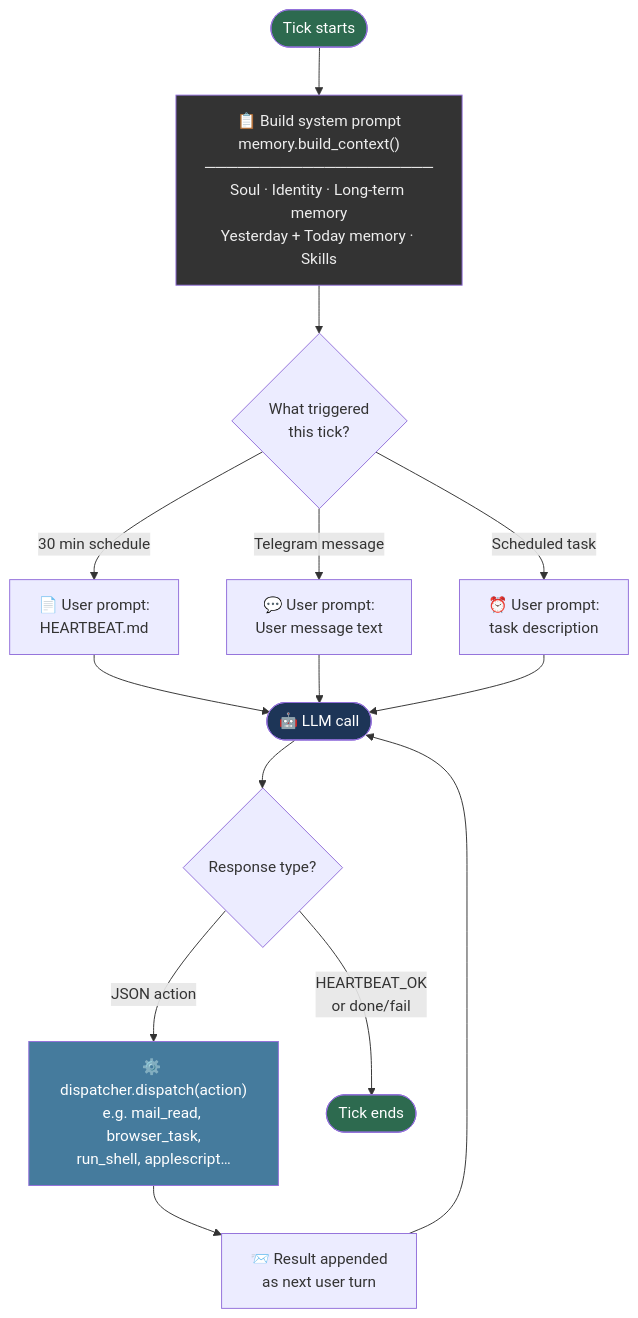
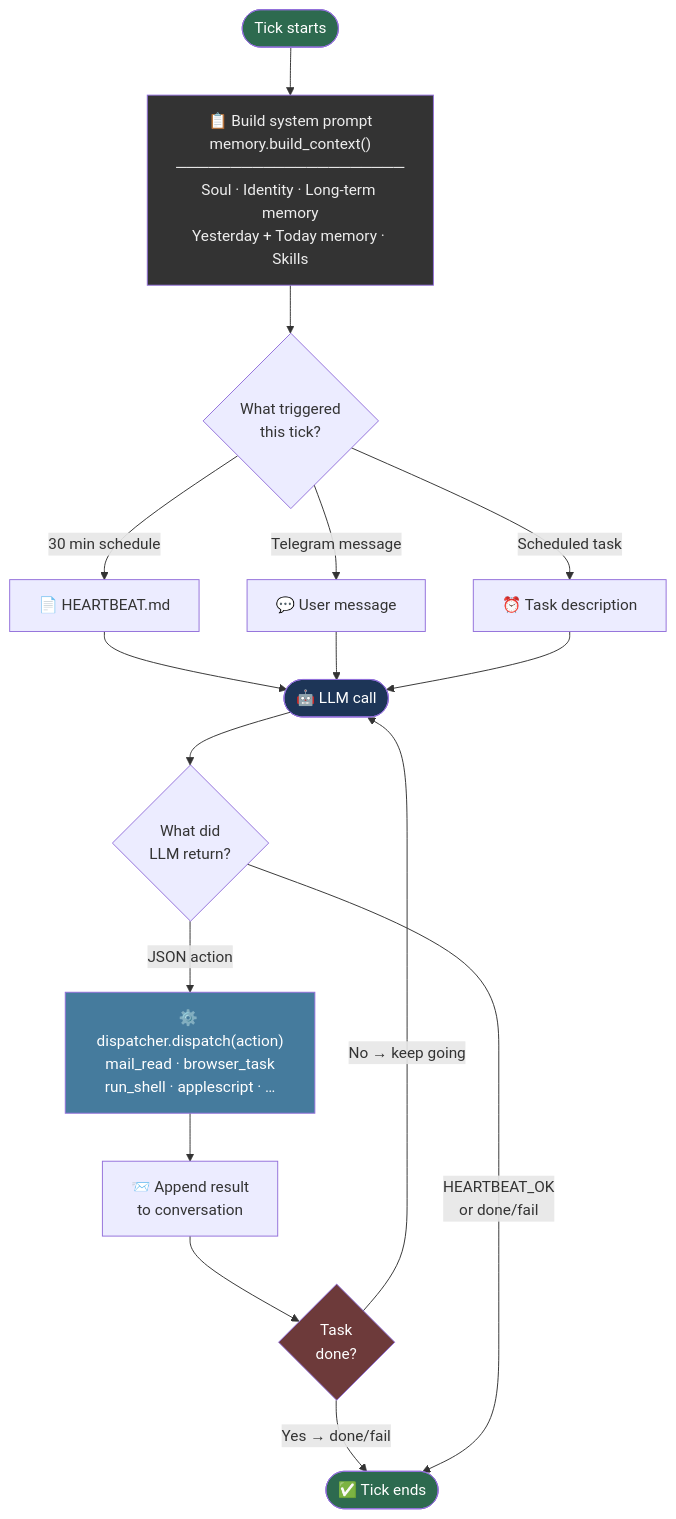
One commit to kenfus/macgent changed the diagram in README.md. Above: the diagram before and after it, drawn with Mermaid. The commit also changed 9 other files, not shown here.

````diff
--- a/README.md
+++ b/README.md
@@ -103,29 +103,32 @@
 ```mermaid
 flowchart TD
     A([Tick starts]) --> B
 
     B["📋 Build system prompt<br/>memory.build_context()<br/>─────────────────────<br/>Soul · Identity · Long-term memory<br/>Yesterday + Today memory · Skills"]
     B --> C
 
     C{"What triggered<br/>this tick?"}
-    C -- "30 min schedule" --> D1["📄 User prompt:<br/>HEARTBEAT.md"]
-    C -- "Telegram message" --> D2["💬 User prompt:<br/>User message text"]
-    C -- "Scheduled task" --> D3["⏰ User prompt:<br/>task description"]
+    C -- "30 min schedule" --> D1["📄 HEARTBEAT.md"]
+    C -- "Telegram message" --> D2["💬 User message"]
+    C -- "Scheduled task" --> D3["⏰ Task description"]
 
     D1 & D2 & D3 --> E
 
     E(["🤖 LLM call"])
-    E --> F{"Response type?"}
+    E --> F{"What did<br/>LLM return?"}
 
-    F -- "JSON action" --> G["⚙️ dispatcher.dispatch(action)<br/>e.g. mail_read, browser_task,<br/>run_shell, applescript…"]
-    G --> H["📨 Result appended<br/>as next user turn"]
-    H --> E
+    F -- "JSON action" --> G["⚙️ dispatcher.dispatch(action)<br/>mail_read · browser_task<br/>run_shell · applescript · …"]
+    G --> H["📨 Append result<br/>to conversation"]
+    H --> I{"Task<br/>done?"}
+    I -- "No → keep going" --> E
+    I -- "Yes → done/fail" --> Z
 
-    F -- "HEARTBEAT_OK<br/>or done/fail" --> Z([Tick ends])
+    F -- "HEARTBEAT_OK<br/>or done/fail" --> Z([✅ Tick ends])
 
     style A fill:#2d6a4f,color:#fff
     style Z fill:#2d6a4f,color:#fff
     style E fill:#1d3557,color:#fff
     style G fill:#457b9d,color:#fff
+    style I fill:#6d3a3a,color:#fff
     style B fill:#333,color:#eee
 ```
````
